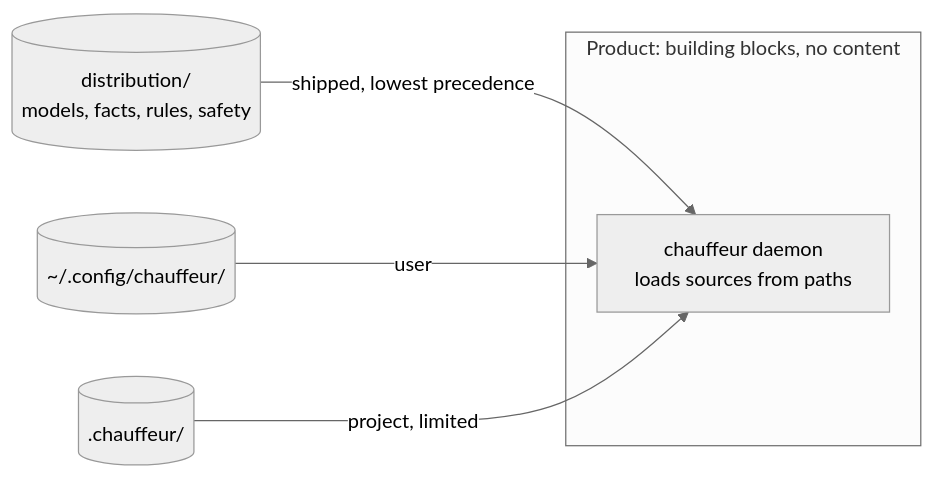
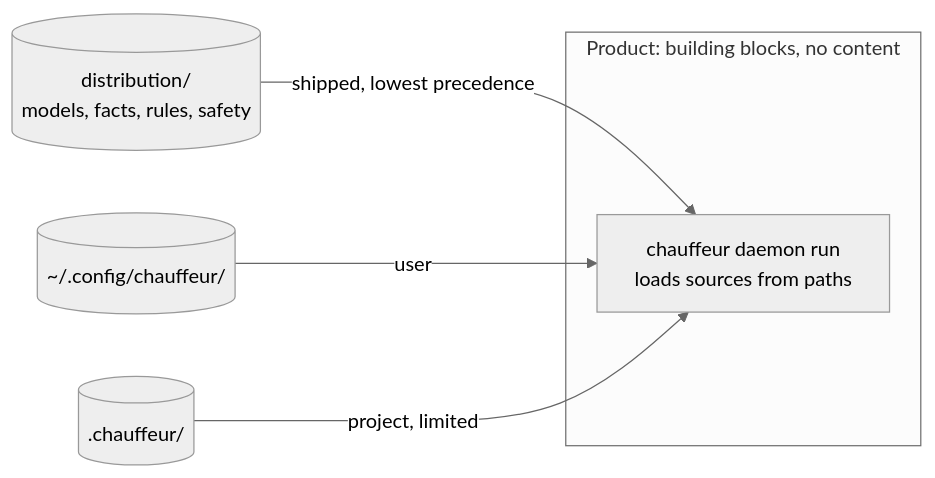
Before and after one commit to StevenJPx2/chauffeur: diagram 12 of 14 in docs/plans/pluggability.md, drawn with Mermaid (neutral theme). The commit also changed other lines of this file and 7 other files, not shown here.

````diff
--- a/docs/plans/pluggability.md
+++ b/docs/plans/pluggability.md
@@ -1300,9 +1301,9 @@
 ```mermaid
 flowchart LR
     subgraph Product["Product: building blocks, no content"]
-        Daemon["chauffeur daemon<br/>loads sources from paths"]
+        Daemon["chauffeur daemon run<br/>loads sources from paths"]
     end
     Dist[("distribution/<br/>models, facts, rules, safety")] -- "shipped, lowest precedence" --> Daemon
     User[("~/.config/chauffeur/")] -- "user" --> Daemon
     Project[(".chauffeur/")] -- "project, limited" --> Daemon
 ```
````
